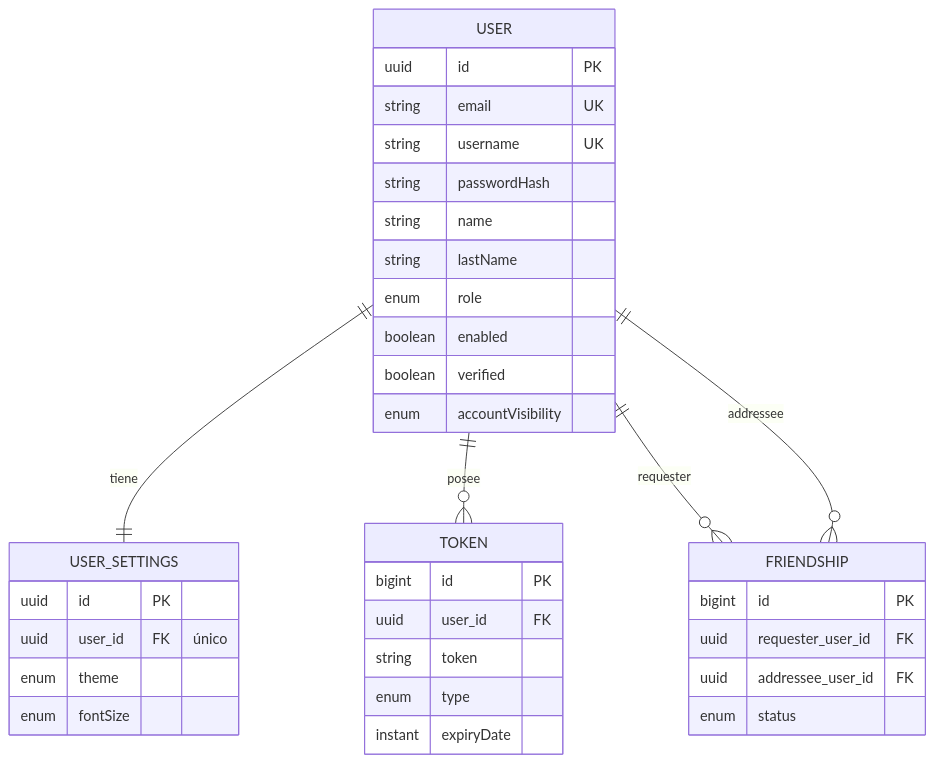
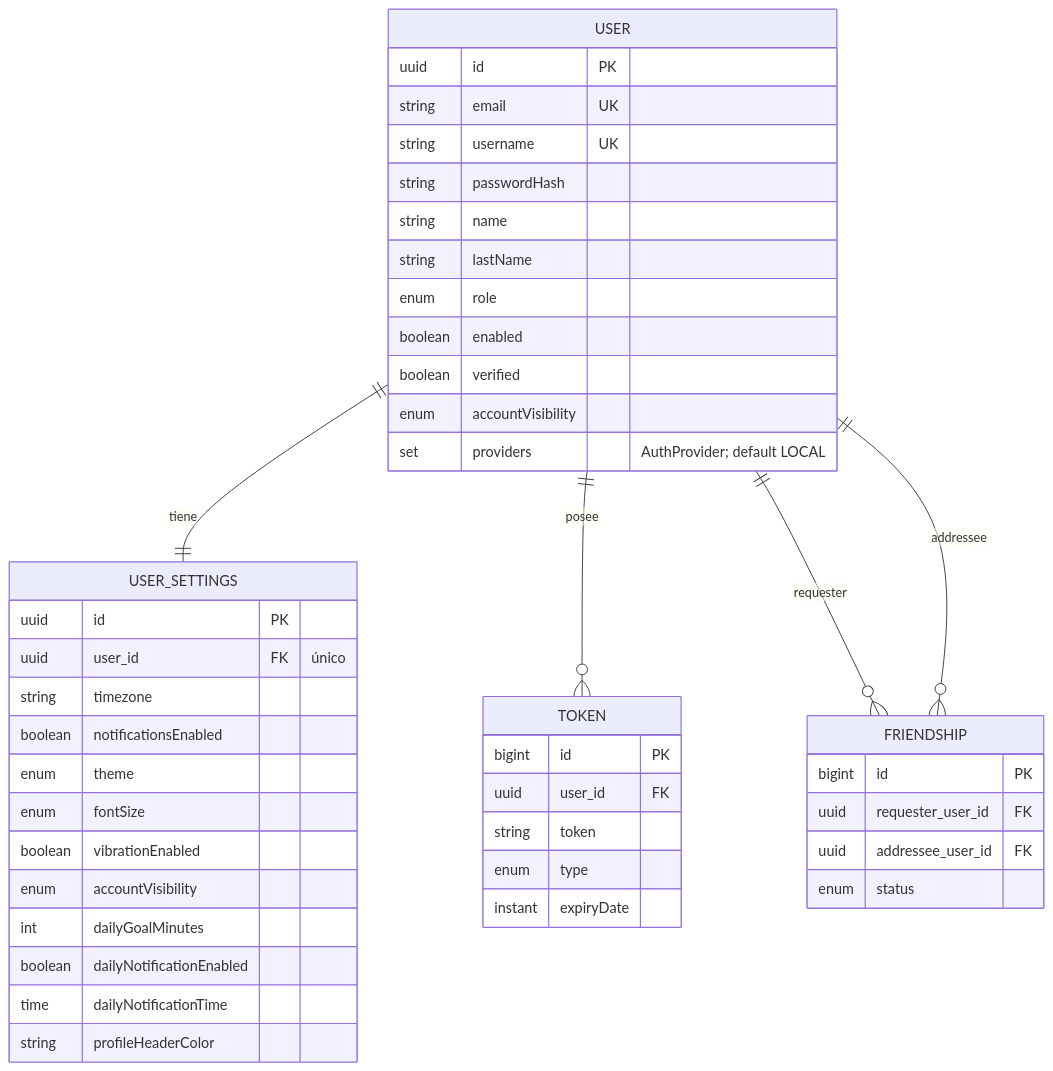
Before and after one commit to signasource/signa-api: the first of 6 diagrams in docs/diagrams/er.md, drawn with Mermaid. The commit also changed other lines of this file and 3 other files, not shown here.

````diff
--- a/docs/diagrams/er.md
+++ b/docs/diagrams/er.md
@@ -10,39 +10,48 @@
 ```mermaid
 erDiagram
     USER ||--|| USER_SETTINGS : tiene
     USER ||--o{ TOKEN : posee
     USER ||--o{ FRIENDSHIP : "requester"
     USER ||--o{ FRIENDSHIP : "addressee"
 
     USER {
         uuid id PK
         string email UK
         string username UK
         string passwordHash
         string name
         string lastName
         enum role
         boolean enabled
         boolean verified
         enum accountVisibility
+        set providers "AuthProvider; default LOCAL"
     }
     USER_SETTINGS {
         uuid id PK
         uuid user_id FK "único"
+        string timezone
+        boolean notificationsEnabled
         enum theme
         enum fontSize
+        boolean vibrationEnabled
+        enum accountVisibility
+        int dailyGoalMinutes
+        boolean dailyNotificationEnabled
+        time dailyNotificationTime
+        string profileHeaderColor
     }
     TOKEN {
         bigint id PK
         uuid user_id FK
         string token
         enum type
         instant expiryDate
     }
     FRIENDSHIP {
         bigint id PK
         uuid requester_user_id FK
         uuid addressee_user_id FK
         enum status
     }
 ```
````
